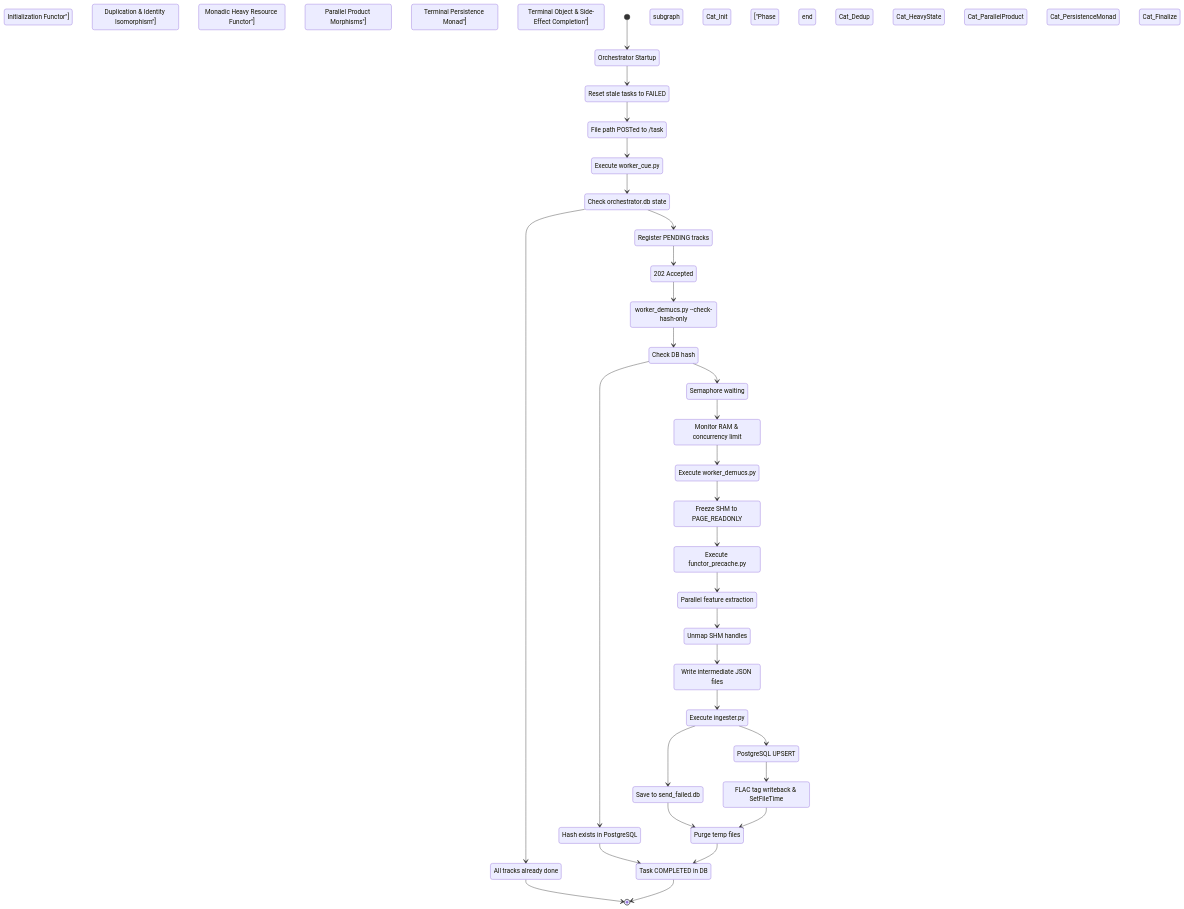
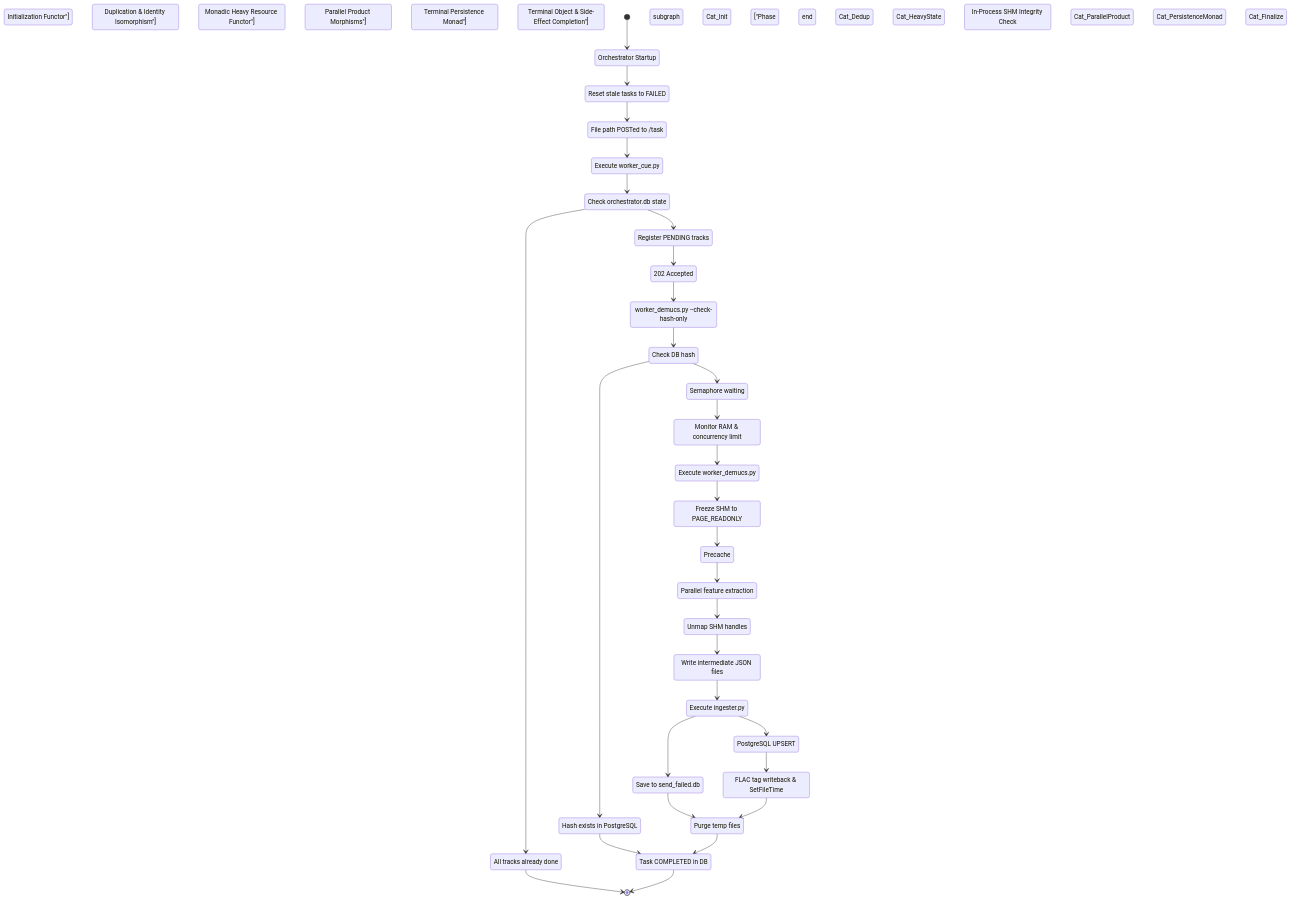
One commit to letwir/flac_analyzer_forwin changed the second of 2 diagrams in docs/state_diagram.md. Above: the diagram before and after it, drawn with Mermaid. The commit also changed other lines of this file and 6 other files, not shown here.

Commit message:
refactor(cleanup): remove obsolete worker_analyzer.py and functor_precache.py and inline pipeline helpers (#18)

```diff
--- a/docs/state_diagram.md
+++ b/docs/state_diagram.md
@@ -161,7 +161,7 @@
         AllocatingSHM: Monitor RAM & concurrency limit
         DemucsProcessing: Execute worker_demucs.py
         FreezingSHM: Freeze SHM to PAGE_READONLY
-        Precache: Execute functor_precache.py
+        SHMVerification: In-Process SHM Integrity Check
     end
 
     subgraph Cat_ParallelProduct ["Phase 4: Parallel Product Morphisms"]
```
